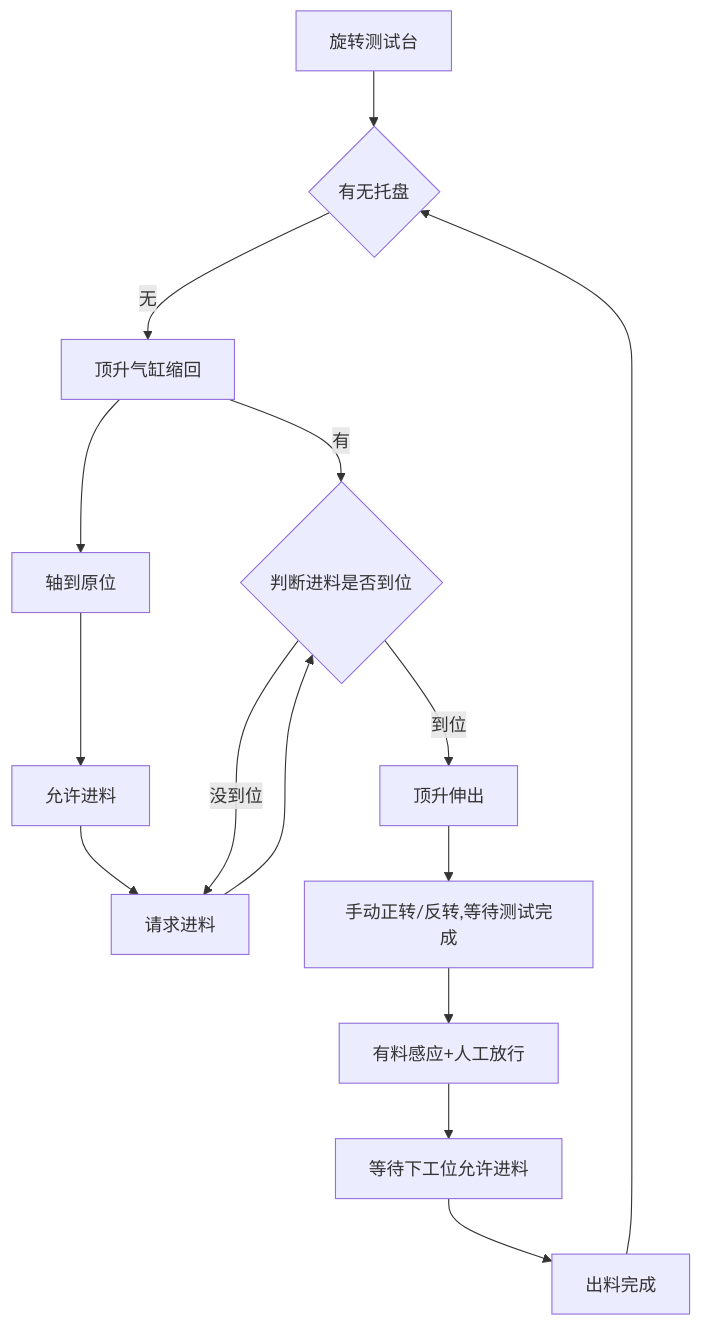
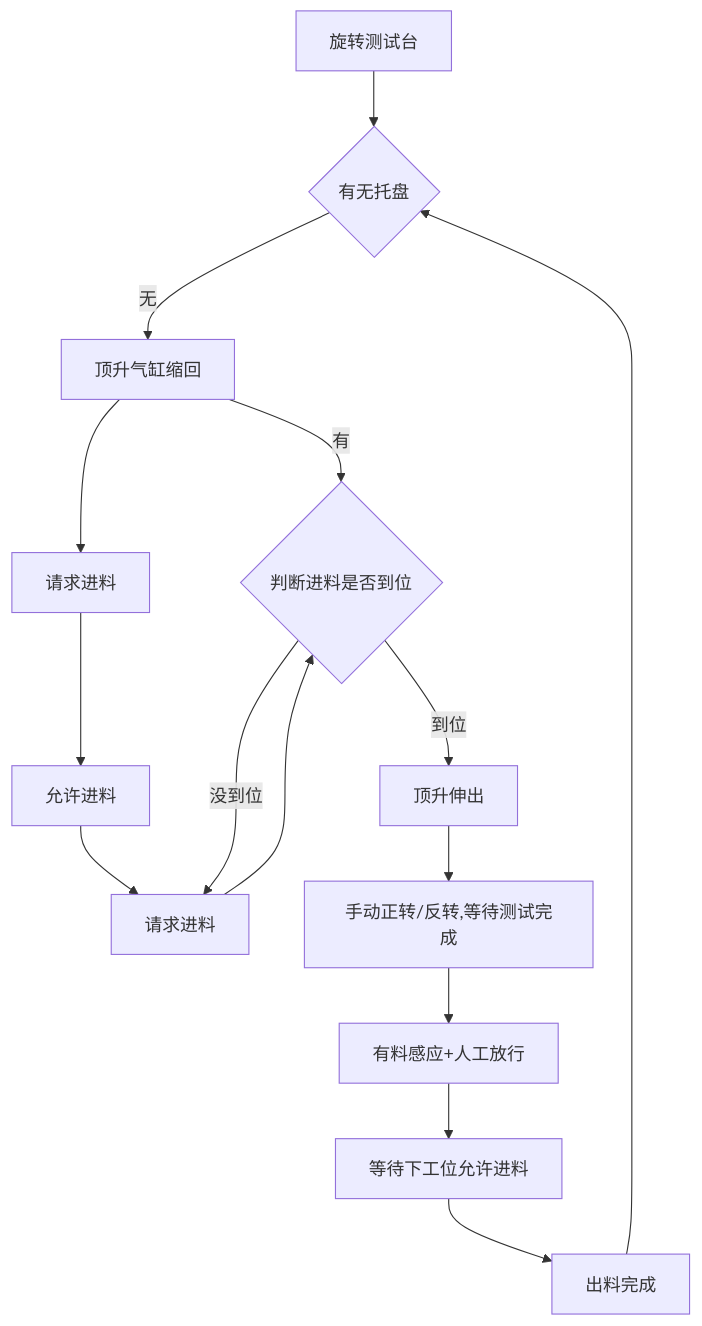
One commit to PengKun1/iodraw-files changed the diagram in all/旋转测试台.md. Above: the diagram before and after it, drawn with Mermaid.

Commit message:
2024-12-23 16:31:29 update

````diff
--- a/all/旋转测试台.md
+++ b/all/旋转测试台.md
@@ -1,17 +1,17 @@
 ```mermaid
 graph TD
 0[旋转测试台]-->10
 10{有无托盘}-->|无|20
 20-->|有|50
 20[顶升气缸缩回]-->30
-30[轴到原位]-->40
+30[请求进料]-->40
 40[允许进料]-->45
 45[请求进料]-->50
 50{判断进料是否到位}-->|到位|60 
 50-->|没到位|45
 60[顶升伸出]-->70
 70[手动正转/反转,等待测试完成]-->80
 80[有料感应+人工放行]-->90
 90[等待下工位允许进料]-->100
 100[出料完成]-->10
 ```
````
